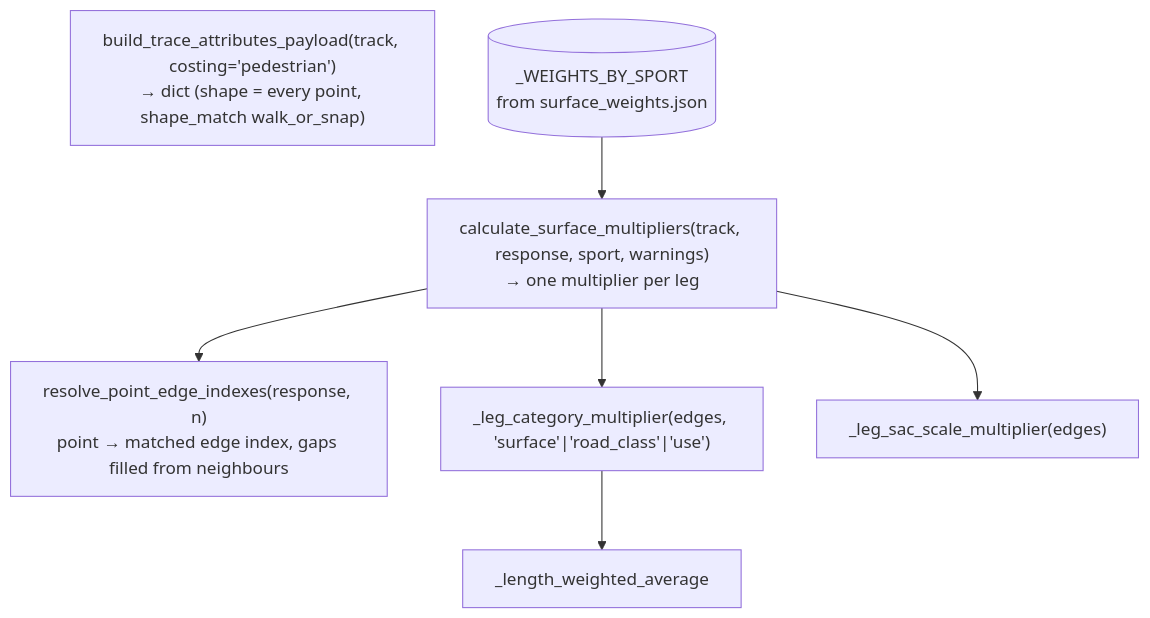
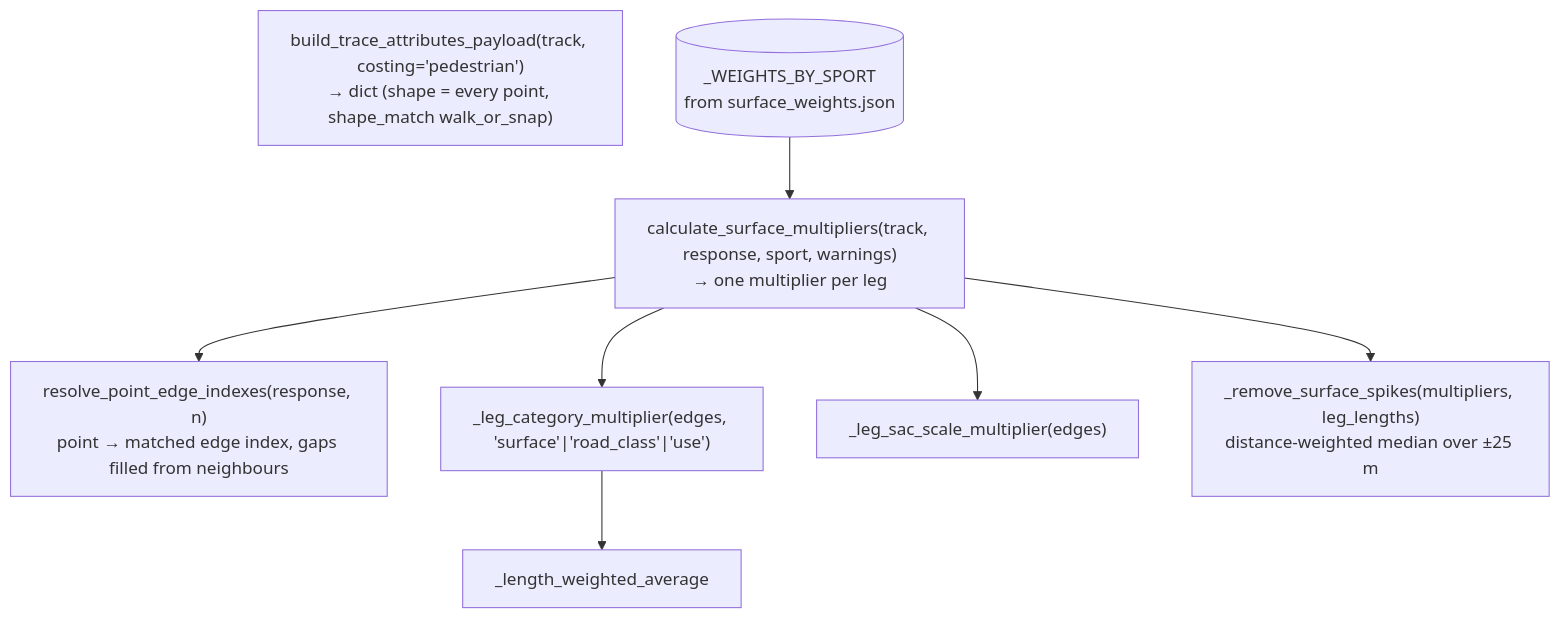
The eighth of 15 diagrams in docs/ARCHITECTURE.md (martin-iflap/GPX_to_FIT), drawn with Mermaid before and after one commit. The commit also changed other lines of this file and 2 other files, not shown here.

Commit message:
_remove_surface_spikes + tests.

````diff
--- a/docs/ARCHITECTURE.md
+++ b/docs/ARCHITECTURE.md
@@ -421,12 +421,14 @@
 ```mermaid
 flowchart TD
   btap["build_trace_attributes_payload(track, costing='pedestrian')<br/>→ dict (shape = every point, shape_match walk_or_snap)"]
   csm["calculate_surface_multipliers(track, response, sport, warnings)<br/>→ one multiplier per leg"]
   rpei["resolve_point_edge_indexes(response, n)<br/>point → matched edge index, gaps filled from neighbours"]
   lcm["_leg_category_multiplier(edges, 'surface'|'road_class'|'use')"] --> lwa["_length_weighted_average"]
   lsm["_leg_sac_scale_multiplier(edges)"]
+  rss["_remove_surface_spikes(multipliers, leg_lengths)<br/>distance-weighted median over ±25 m"]
   csm --> rpei
   csm --> lcm
   csm --> lsm
+  csm --> rss
   W[("_WEIGHTS_BY_SPORT<br/>from surface_weights.json")] --> csm
 ```
````
